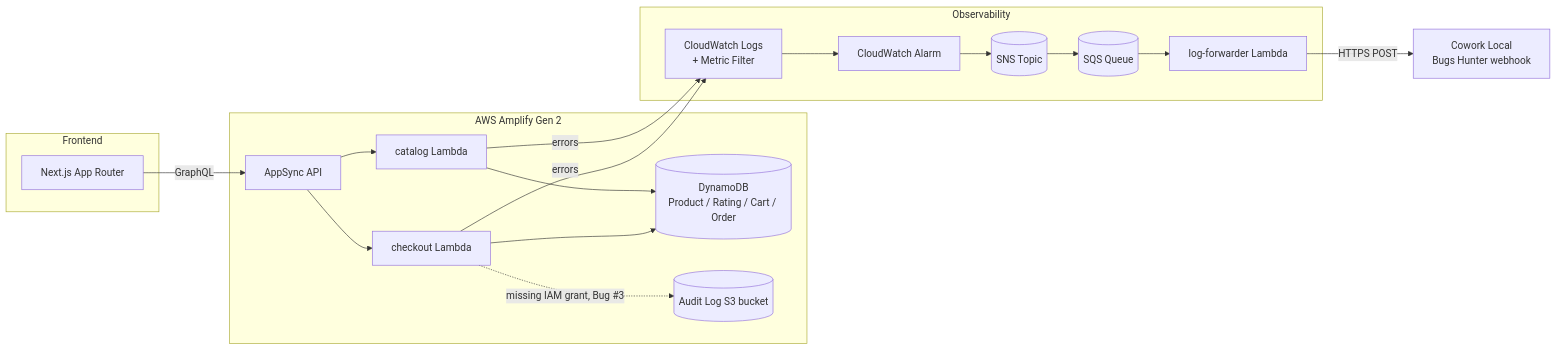
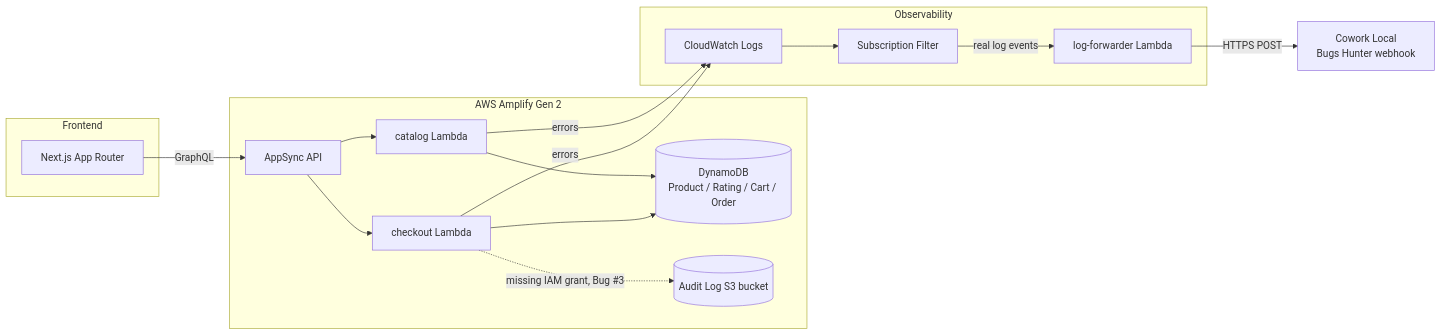
The diagram in README.md (fpt-ph-tran/amplify-app), drawn with Mermaid before and after one commit. The commit also changed other lines of this file and 7 other files, not shown here.

````diff
--- a/README.md
+++ b/README.md
@@ -12,26 +12,24 @@
 ```mermaid
 flowchart LR
     subgraph Frontend
         FE[Next.js App Router]
     end
     subgraph Backend [AWS Amplify Gen 2]
         API[AppSync API]
         CO[checkout Lambda]
         CA[catalog Lambda]
         DDB[(DynamoDB\nProduct / Rating / Cart / Order)]
         S3[(Audit Log S3 bucket)]
     end
     subgraph Observability
-        CW[CloudWatch Logs\n+ Metric Filter]
-        AL[CloudWatch Alarm]
-        SNS[(SNS Topic)]
-        SQS[(SQS Queue)]
+        CW[CloudWatch Logs]
+        SF[Subscription Filter]
         LF[log-forwarder Lambda]
     end
     CL[Cowork Local\nBugs Hunter webhook]
 
     FE -->|GraphQL| API --> CO & CA
     CO & CA --> DDB
     CO -.->|missing IAM grant, Bug #3| S3
-    CO & CA -->|errors| CW --> AL --> SNS --> SQS --> LF -->|HTTPS POST| CL
+    CO & CA -->|errors| CW --> SF -->|real log events| LF -->|HTTPS POST| CL
 ```
````
